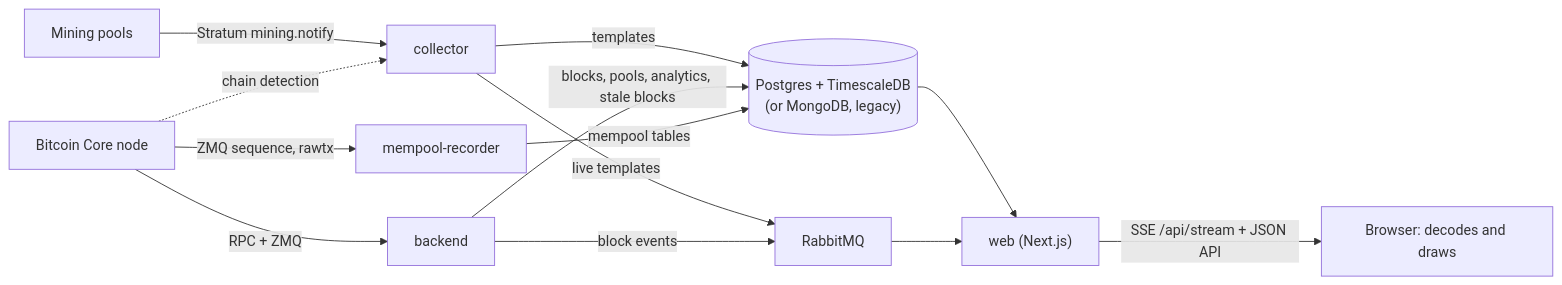
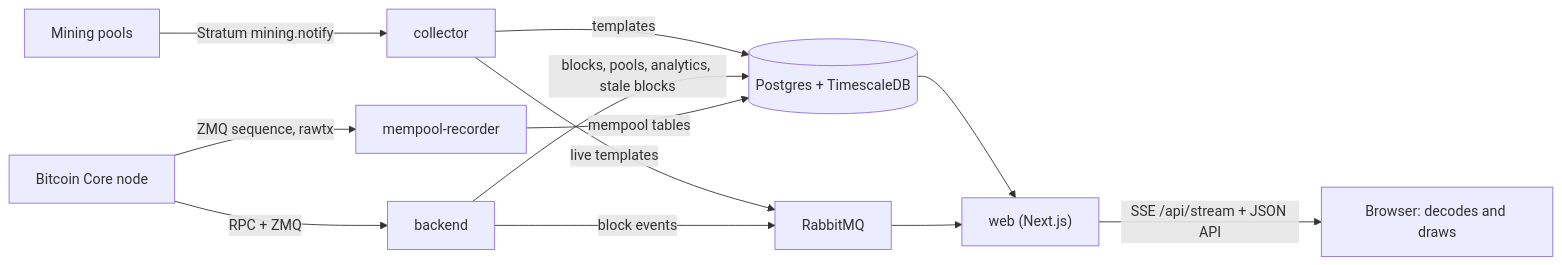
The diagram in README.md (bboerst/stratum-work), drawn with Mermaid before and after one commit. The commit also changed other lines of this file and 10 other files, not shown here.

First line of the commit message:
Docs, charts and scripts: Postgres only

````diff
--- a/README.md
+++ b/README.md
@@ -20,15 +20,14 @@
 ```mermaid
 flowchart LR
   pools[Mining pools] -- "Stratum mining.notify" --> collector
   node[Bitcoin Core node] -- "RPC + ZMQ" --> backend
-  node -. "chain detection" .-> collector
   node -- "ZMQ sequence, rawtx" --> recorder[mempool-recorder]
-  collector -- templates --> db[("Postgres + TimescaleDB<br/>(or MongoDB, legacy)")]
+  collector -- templates --> db[("Postgres + TimescaleDB")]
   collector -- "live templates" --> mq[RabbitMQ]
   backend -- "blocks, pools, analytics, stale blocks" --> db
   backend -- "block events" --> mq
   recorder -- "mempool tables" --> db
   db --> web["web (Next.js)"]
   mq --> web
   web -- "SSE /api/stream + JSON API" --> browser[Browser: decodes and draws]
 ```
````
